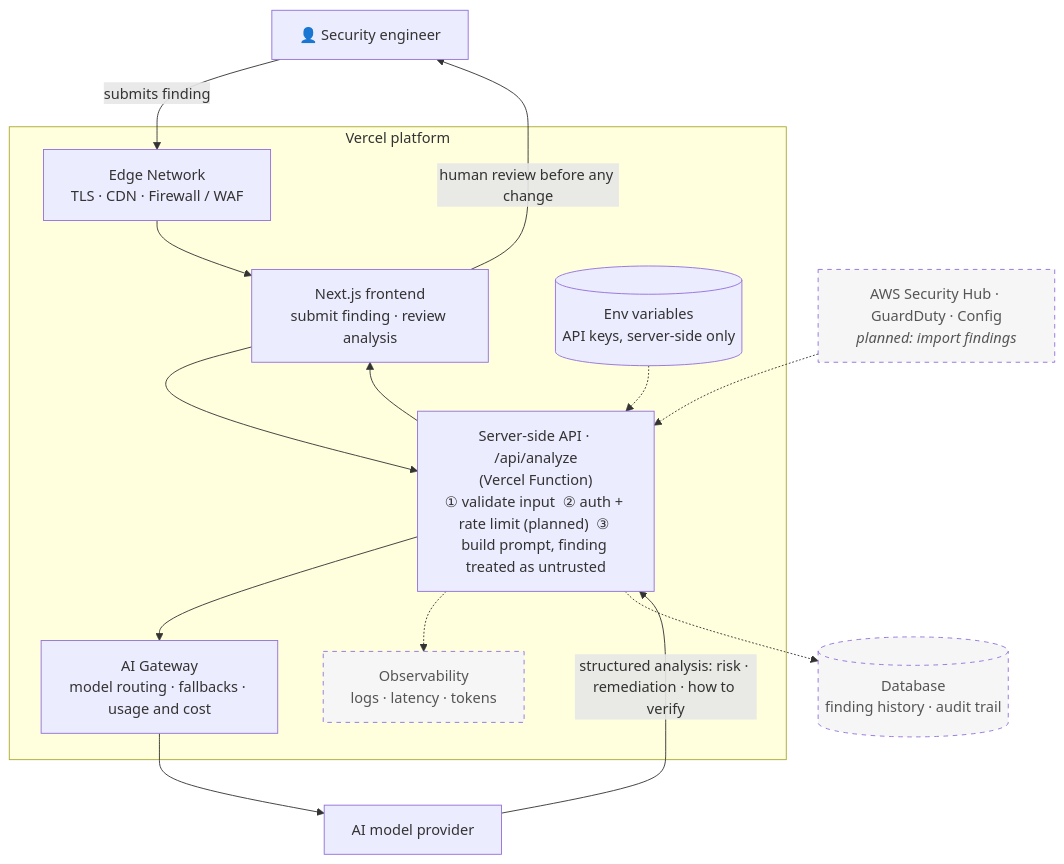
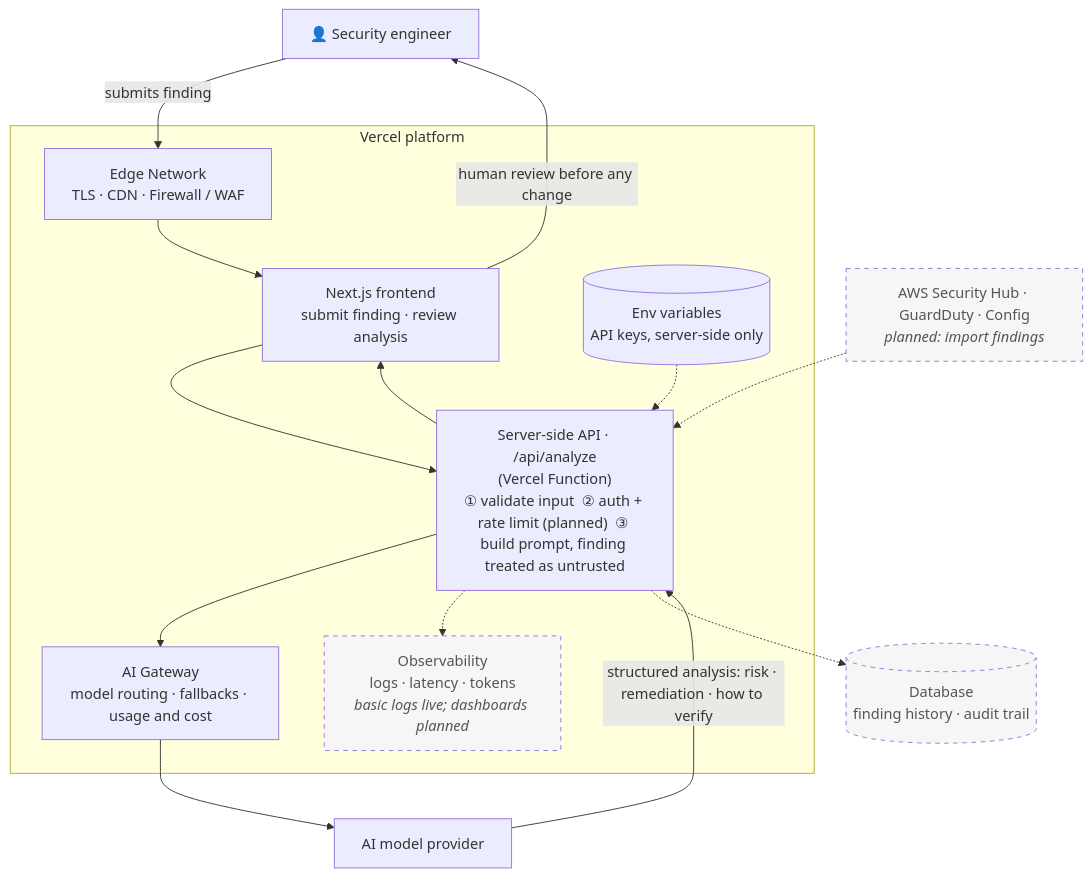
One commit to evenceedoun-sudo/cloud-security-advisor changed the diagram in README.md. Above: the diagram before and after it, drawn with Mermaid. The commit also changed other lines of this file and 3 other files, not shown here.

````diff
--- a/README.md
+++ b/README.md
@@ -30,30 +30,30 @@
 ```mermaid
 flowchart TB
     user["👤 Security engineer"]
     aws["AWS Security Hub · GuardDuty · Config<br/><i>planned: import findings</i>"]
 
     subgraph vercel["Vercel platform"]
         edge["Edge Network<br/>TLS · CDN · Firewall / WAF"]
         ui["Next.js frontend<br/>submit finding · review analysis"]
         api["Server-side API · /api/analyze<br/>(Vercel Function)<br/>① validate input &nbsp;② auth + rate limit (planned) &nbsp;③ build prompt, finding treated as untrusted"]
         env[("Env variables<br/>API keys, server-side only")]
         gw["AI Gateway<br/>model routing · fallbacks · usage and cost"]
-        obs["Observability<br/>logs · latency · tokens"]
+        obs["Observability<br/>logs · latency · tokens<br/><i>basic logs live; dashboards planned</i>"]
     end
 
     llm["AI model provider"]
     db[("Database<br/>finding history · audit trail")]
 
     user -->|submits finding| edge --> ui --> api
     aws -.-> api
     env -.-> api
     api --> gw --> llm
     llm -->|"structured analysis: risk · remediation · how to verify"| api
     api --> ui
     ui -->|human review before any change| user
     api -.-> obs
     api -.-> db
 
     classDef planned stroke-dasharray: 5 5,fill:#f6f6f6,color:#555
     class aws,db,obs planned
 ```
````
